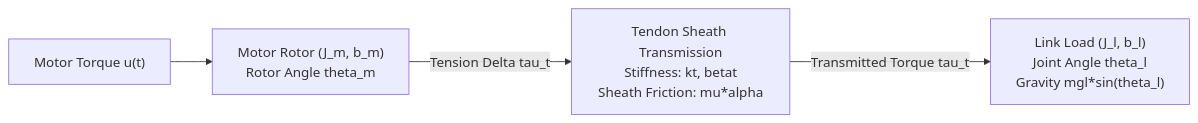
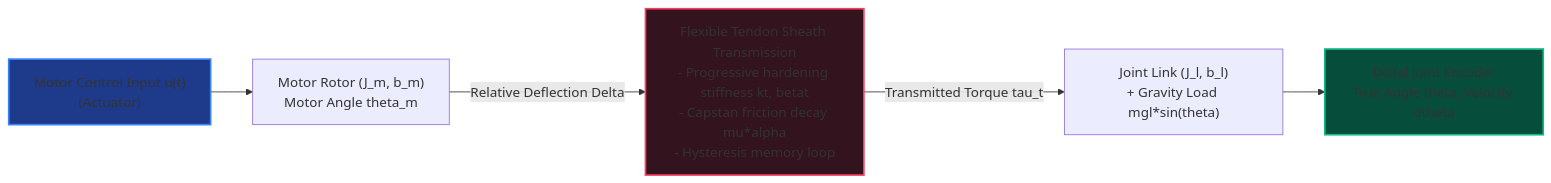
The third of 5 diagrams in TENDON_PAPER_EN.md (fangde/symmetryObserver), drawn with Mermaid before and after one commit. The commit also changed other lines of this file and 8 other files, not shown here.

Commit message:
feat(control): implement joint-encoder-based controlled symmetry benchmark to match simple-system performance

````diff
--- a/TENDON_PAPER_EN.md
+++ b/TENDON_PAPER_EN.md
@@ -82,6 +122,11 @@
 ```mermaid
 flowchart LR
-    u["Motor Torque u(t)"] --> Jm["Motor Rotor (J_m, b_m)<br/>Rotor Angle theta_m"]
-    Jm -- "Tension Delta tau_t" --> Cable["Tendon Sheath Transmission<br/>Stiffness: kt, betat<br/>Sheath Friction: mu*alpha"]
-    Cable -- "Transmitted Torque tau_t" --> Jl["Link Load (J_l, b_l)<br/>Joint Angle theta_l<br/>Gravity mgl*sin(theta_l)"]
+    u["Motor Control Input u(t)<br/>(Actuator)"] --> MotorInertia["Motor Rotor (J_m, b_m)<br/>Motor Angle theta_m"]
+    MotorInertia -- "Relative Deflection Delta" --> Cable["Flexible Tendon Sheath Transmission<br/>- Progressive hardening stiffness kt, betat<br/>- Capstan friction decay mu*alpha<br/>- Hysteresis memory loop"]
+    Cable -- "Transmitted Torque tau_t" --> JointLink["Joint Link (J_l, b_l)<br/>+ Gravity Load mgl*sin(theta)"]
+    JointLink --> Encoder["Distal Joint Encoder<br/>True Angle theta, Velocity dtheta"]
+    
+    style u fill:#1e3a8a,stroke:#3b82f6,stroke-width:2px
+    style Cable fill:#33141e,stroke:#f43f5e,stroke-width:2px
+    style Encoder fill:#064e3b,stroke:#10b981,stroke-width:2px
 ```
````
